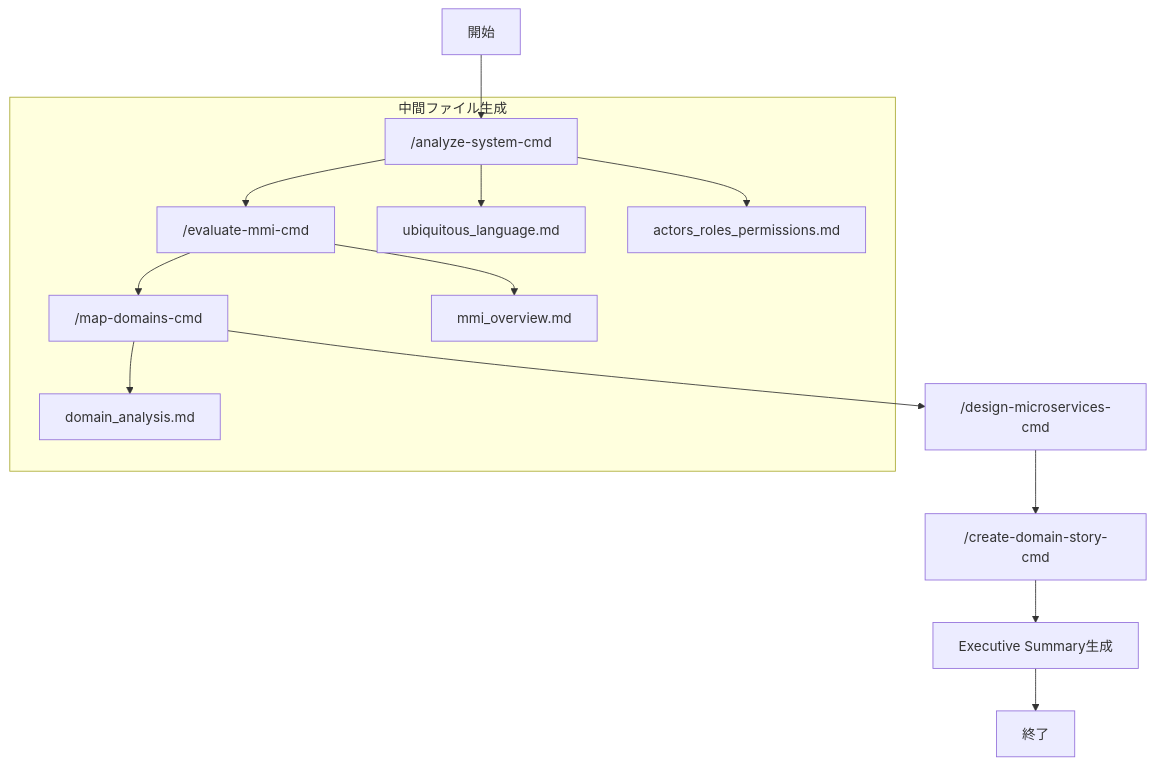
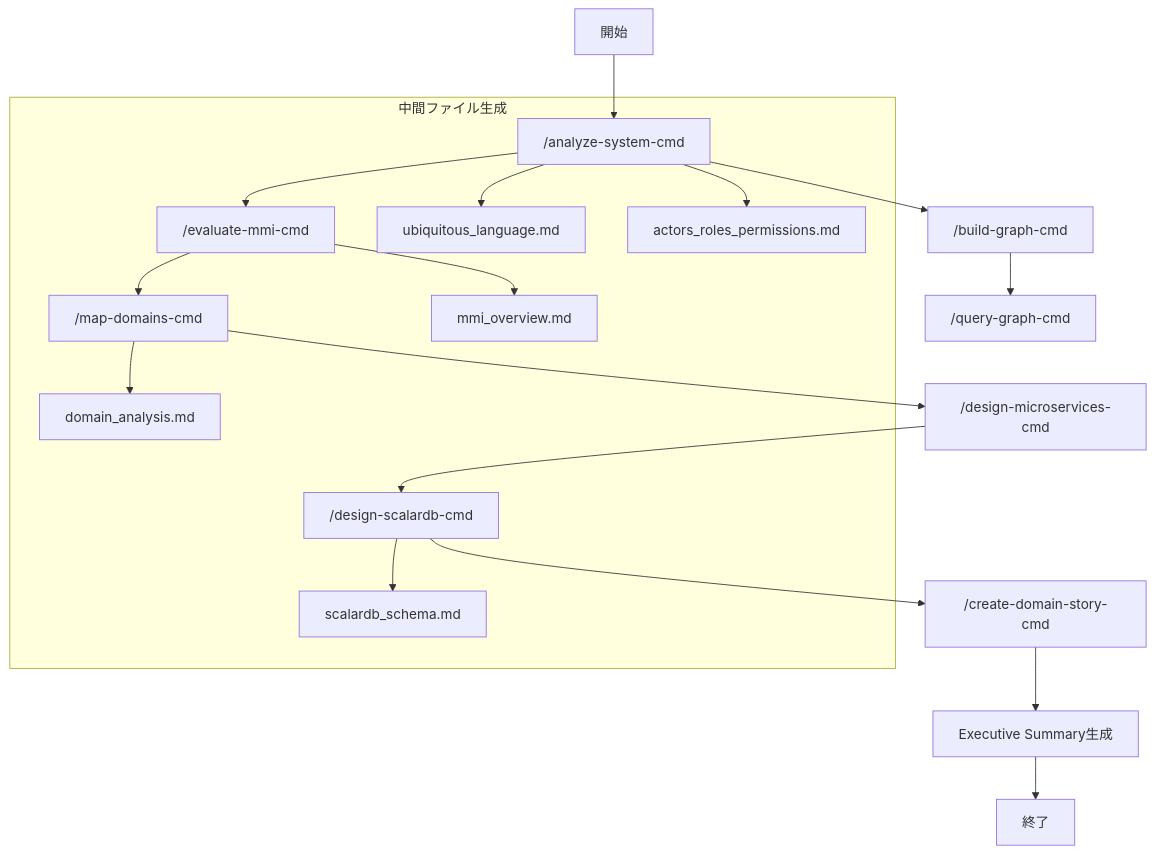
One commit to wfukatsu/rearchitect-agent changed the first of 3 diagrams in README.md. Above: the diagram before and after it, drawn with Mermaid. The commit also changed other lines of this file and 13 other files, not shown here.

Commit message:
Add GraphDB support: Add build-graph, design-scalardb, and query-graph commands

````diff
--- a/README.md
+++ b/README.md
@@ -193,17 +224,21 @@
 ```mermaid
 graph TD
     A[開始] --> B["/analyze-system-cmd"]
     B --> C["/evaluate-mmi-cmd"]
     C --> D["/map-domains-cmd"]
     D --> E["/design-microservices-cmd"]
-    E --> F["/create-domain-story-cmd"]
-    F --> G["Executive Summary生成"]
-    G --> H["終了"]
+    E --> F["/design-scalardb-cmd"]
+    F --> G["/create-domain-story-cmd"]
+    G --> H["Executive Summary生成"]
+    H --> I["終了"]
+    B --> J["/build-graph-cmd"]
+    J --> K["/query-graph-cmd"]
 
     subgraph 中間ファイル生成
         B --> B1[ubiquitous_language.md]
         B --> B2[actors_roles_permissions.md]
         C --> C1[mmi_overview.md]
         D --> D1[domain_analysis.md]
+        F --> F1[scalardb_schema.md]
     end
 ```
````
